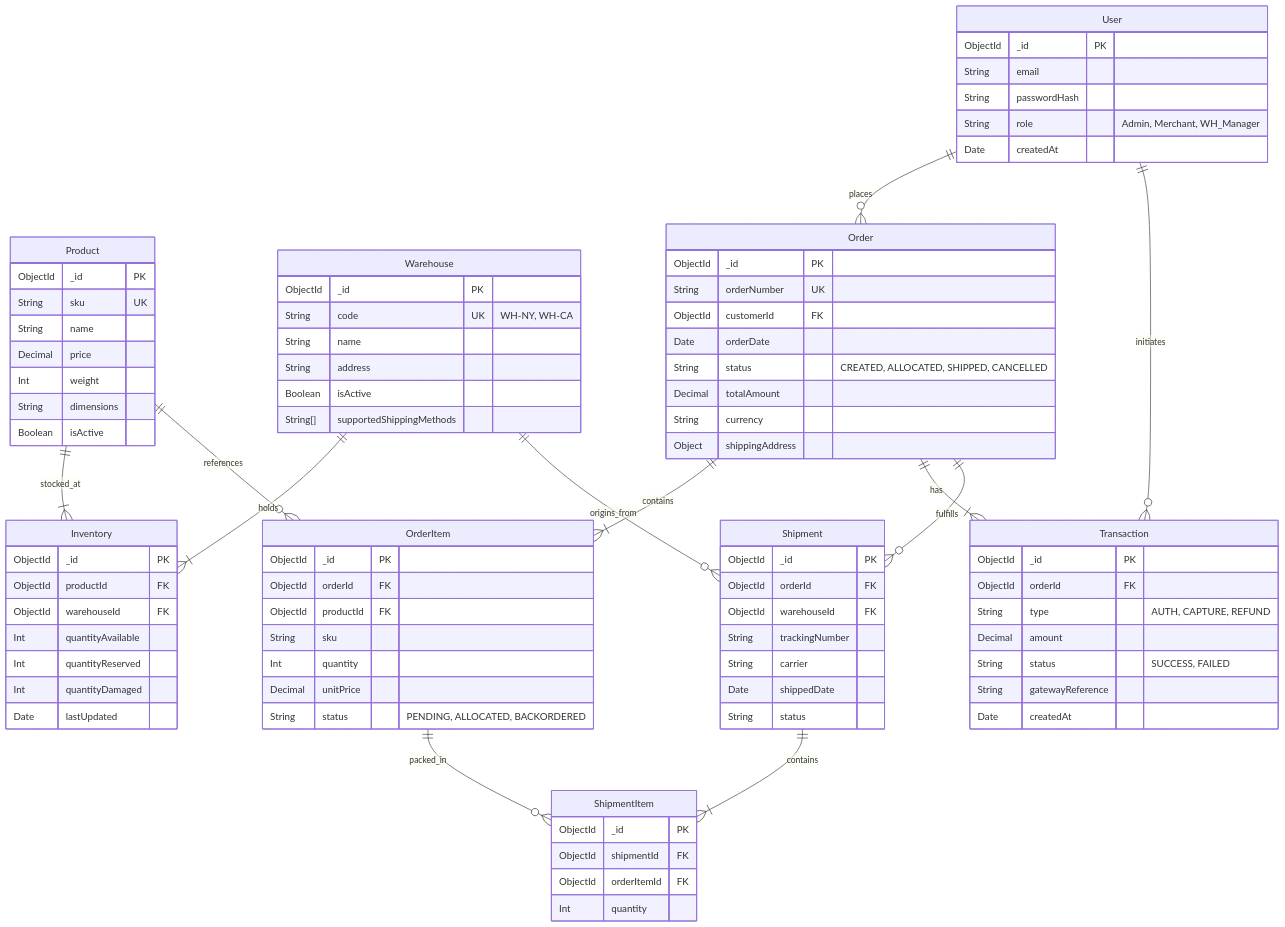
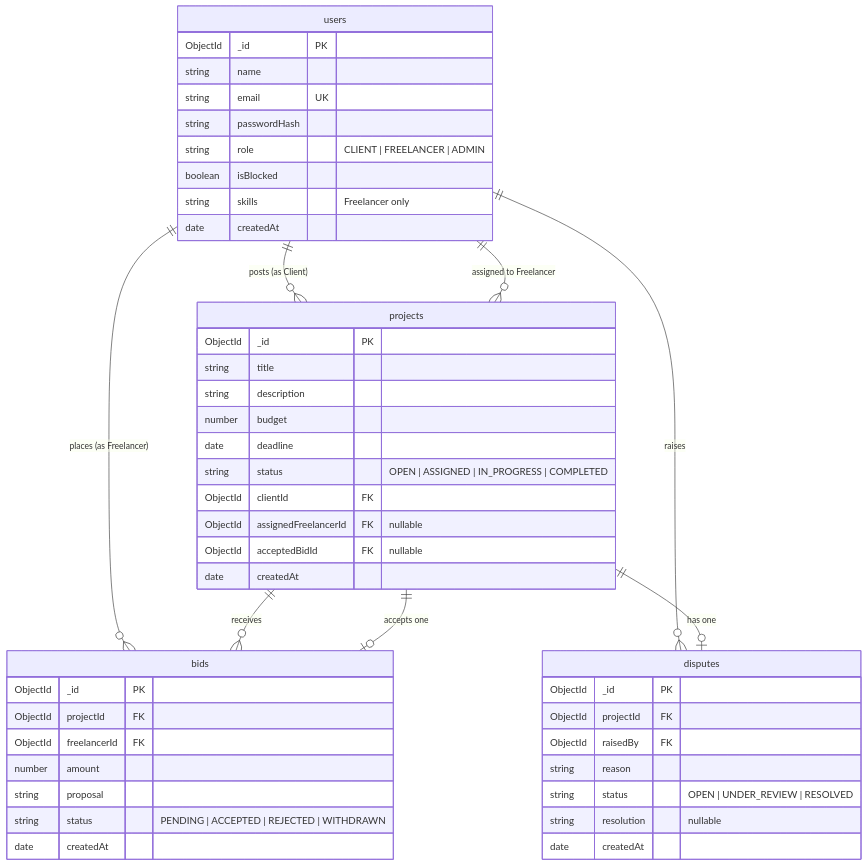
The diagram in ErDiagram.md (Lakshith7748/sesd), drawn with Mermaid before and after one commit.

Commit message:
Revise ER diagram for user and project management

````diff
--- a/ErDiagram.md
+++ b/ErDiagram.md
@@ -1,108 +1,63 @@
 ```mermaid
 erDiagram
-    %% User Management
-    User {
+    %% ══════════════════════════════════════
+    %% COLLECTIONS
+    %% ══════════════════════════════════════
+
+    users {
         ObjectId _id PK
-        String email
-        String passwordHash
-        String role "Admin, Merchant, WH_Manager"
-        Date createdAt
+        string name
+        string email UK
+        string passwordHash
+        string role "CLIENT | FREELANCER | ADMIN"
+        boolean isBlocked
+        string skills "Freelancer only"
+        date createdAt
     }
 
-    %% Catalog & Inventory
-    Product {
+    projects {
         ObjectId _id PK
-        String sku UK
-        String name
-        Decimal price
-        Int weight
-        String dimensions
-        Boolean isActive
+        string title
+        string description
+        number budget
+        date deadline
+        string status "OPEN | ASSIGNED | IN_PROGRESS | COMPLETED"
+        ObjectId clientId FK
+        ObjectId assignedFreelancerId FK "nullable"
+        ObjectId acceptedBidId FK "nullable"
+        date createdAt
     }
 
-    Warehouse {
+    bids {
         ObjectId _id PK
-        String code UK "WH-NY, WH-CA"
-        String name
-        String address
-        Boolean isActive
-        String[] supportedShippingMethods
+        ObjectId projectId FK
+        ObjectId freelancerId FK
+        number amount
+        string proposal
+        string status "PENDING | ACCEPTED | REJECTED | WITHDRAWN"
+        date createdAt
     }
 
-    Inventory {
+    disputes {
         ObjectId _id PK
-        ObjectId productId FK
-        ObjectId warehouseId FK
-        Int quantityAvailable
-        Int quantityReserved
-        Int quantityDamaged
-        Date lastUpdated
+        ObjectId projectId FK
+        ObjectId raisedBy FK
+        string reason
+        string status "OPEN | UNDER_REVIEW | RESOLVED"
+        string resolution "nullable"
+        date createdAt
     }
 
-    %% Order Management
-    Order {
-        ObjectId _id PK
-        String orderNumber UK
-        ObjectId customerId FK
-        Date orderDate
-        String status "CREATED, ALLOCATED, SHIPPED, CANCELLED"
-        Decimal totalAmount
-        String currency
-        Object shippingAddress
-    }
+    %% ══════════════════════════════════════
+    %% RELATIONSHIPS
+    %% ══════════════════════════════════════
 
-    OrderItem {
-        ObjectId _id PK
-        ObjectId orderId FK
-        ObjectId productId FK
-        String sku
-        Int quantity
-        Decimal unitPrice
-        String status "PENDING, ALLOCATED, BACKORDERED"
-    }
+    users ||--o{ projects : "posts (as Client)"
+    users ||--o{ bids : "places (as Freelancer)"
+    users ||--o{ disputes : "raises"
 
-    %% Fulfillment
-    Shipment {
-        ObjectId _id PK
-        ObjectId orderId FK
-        ObjectId warehouseId FK
-        String trackingNumber
-        String carrier
-        Date shippedDate
-        String status
-    }
-
-    ShipmentItem {
-        ObjectId _id PK
-        ObjectId shipmentId FK
-        ObjectId orderItemId FK
-        Int quantity
-    }
-
-    %% Finance
-    Transaction {
-        ObjectId _id PK
-        ObjectId orderId FK
-        String type "AUTH, CAPTURE, REFUND"
-        Decimal amount
-        String status "SUCCESS, FAILED"
-        String gatewayReference
-        Date createdAt
-    }
-
-    %% Relationships
-    User ||--o{ Order : places
-    User ||--o{ Transaction : initiates
-    
-    Order ||--|{ OrderItem : contains
-    Order ||--|{ Transaction : has
-    Order ||--o{ Shipment : fulfills
-
-    Product ||--|{ Inventory : stocked_at
-    Warehouse ||--|{ Inventory : holds
-    Product ||--o{ OrderItem : references
-
-    Shipment ||--|{ ShipmentItem : contains
-    OrderItem ||--o{ ShipmentItem : packed_in
-    Warehouse ||--o{ Shipment : origins_from
+    projects ||--o{ bids : "receives"
+    projects ||--o| bids : "accepts one"
+    projects ||--o| disputes : "has one"
+    projects }o--|| users : "assigned to Freelancer"
 ```
````
